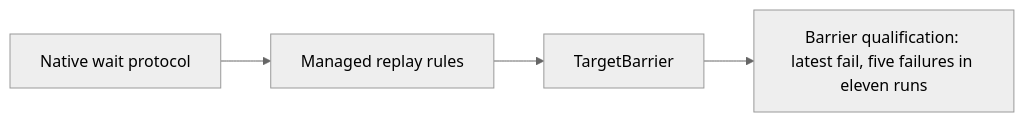
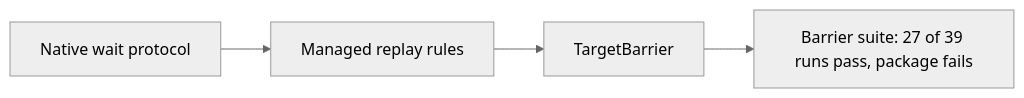
One commit to TheAngryByrd/CozNet changed the diagram in lode/plans/target-local-status.md. Above: the diagram before and after it, drawn with Mermaid (neutral theme). The commit also changed other lines of this file and 7 other files, not shown here.

````diff
--- a/lode/plans/target-local-status.md
+++ b/lode/plans/target-local-status.md
@@ -29,6 +33,6 @@
 ```mermaid
 flowchart LR
     Ledger[Native wait protocol] --> Replay[Managed replay rules]
     Replay --> Barrier[TargetBarrier]
-    Barrier --> Qualification[Barrier qualification: latest fail, five failures in eleven runs]
+    Barrier --> Qualification[Barrier suite: 27 of 39 runs pass, package fails]
 ```
````
